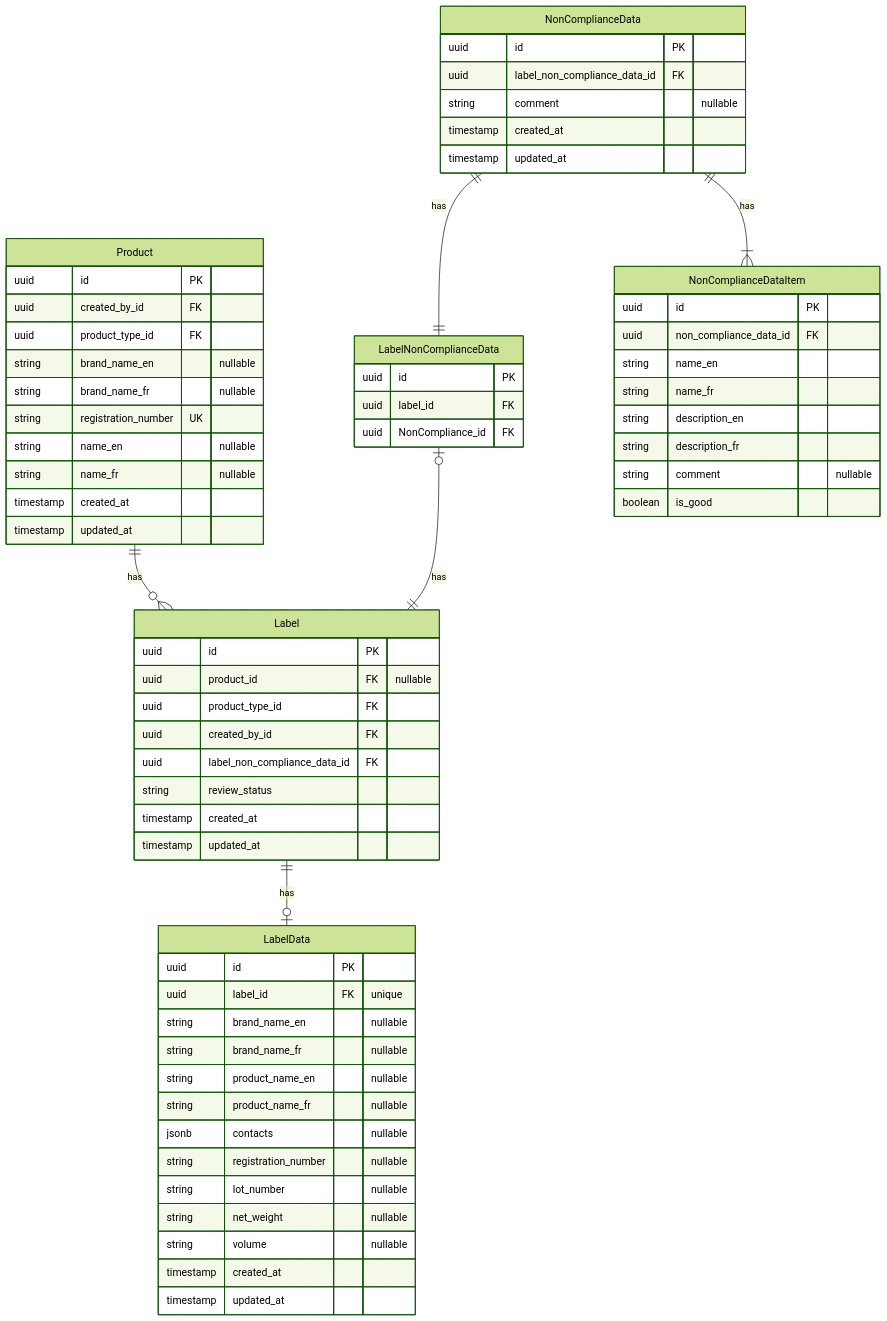
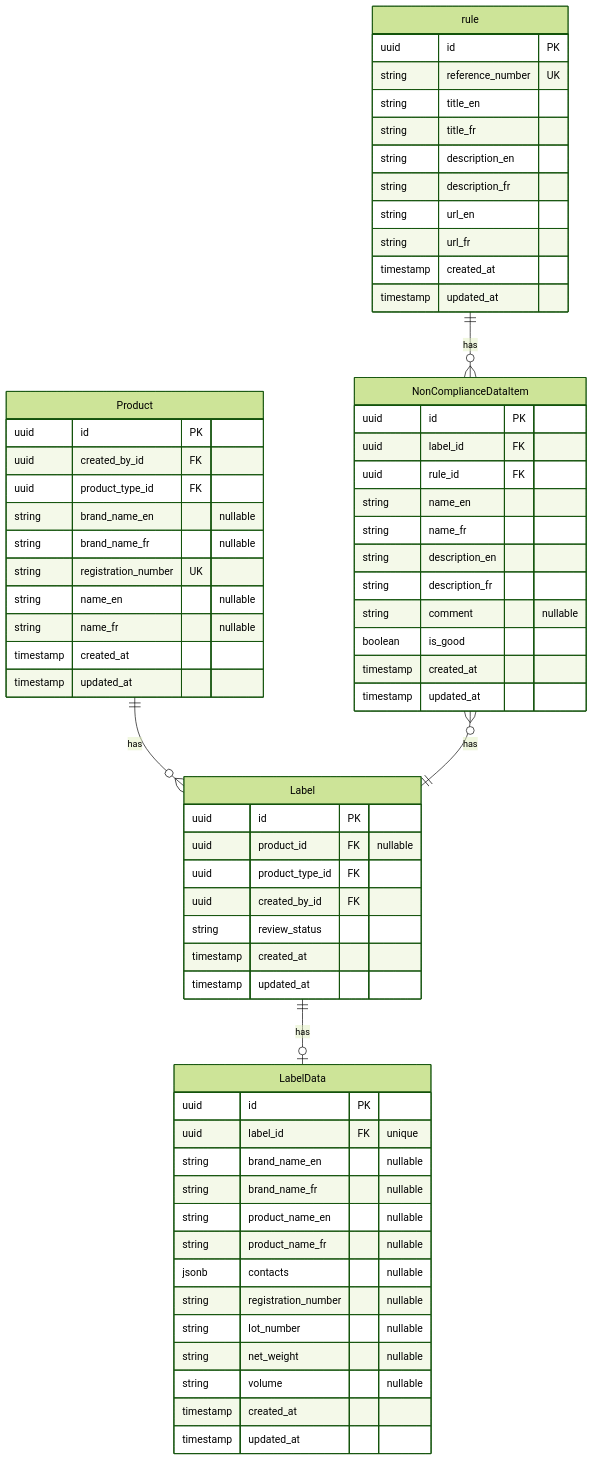
The second of 2 diagrams in docs/compliance/design.md (ai-cfia/fertiscan), drawn with Mermaid (forest theme) before and after one commit.

Commit message:
modification of the erd design

````diff
--- a/docs/compliance/design.md
+++ b/docs/compliance/design.md
@@ -33,76 +33,74 @@
 ```mermaid
 erDiagram
 
     Label ||--o| LabelData : "has"
     Product ||--o{ Label : "has"
-    LabelNonComplianceData |o--|| Label:"has"
-    NonComplianceData ||--||LabelNonComplianceData:"has"
-    NonComplianceData ||--|{NonComplianceDataItem:"has"
-
+    NonComplianceDataItem }o--|| Label:"has"
+    rule ||--o{ NonComplianceDataItem:"has"
+    rule{
+        uuid id PK
+        string reference_number UK
+        string title_en
+        string title_fr
+        string description_en
+        string description_fr
+        string url_en
+        string url_fr
+        timestamp created_at
+        timestamp updated_at
+    }
 
     NonComplianceDataItem{
         uuid id PK
-        uuid non_compliance_data_id FK
+        uuid label_id FK
+        uuid rule_id FK
         string name_en
         string name_fr
         string description_en
         string description_fr
         string comment "nullable"
         boolean is_good
-
-    }
-
-    NonComplianceData{
-        uuid id PK
-        uuid label_non_compliance_data_id FK
-        string comment "nullable"
         timestamp created_at
         timestamp updated_at
-    }
 
-    LabelNonComplianceData{
-        uuid id PK
-        uuid label_id FK
-        uuid NonCompliance_id FK
     }
 
     Product {
             uuid id PK
             uuid created_by_id FK
             uuid product_type_id FK
             string brand_name_en "nullable"
             string brand_name_fr "nullable"
             string registration_number UK
             string name_en "nullable"
             string name_fr "nullable"
             timestamp created_at
             timestamp updated_at
         }
 
     Label {
         uuid id PK
         uuid product_id FK "nullable"
         uuid product_type_id FK
         uuid created_by_id FK
-        uuid label_non_compliance_data_id FK
         string review_status
         timestamp created_at
         timestamp updated_at
     }
 
     LabelData {
         uuid id PK
         uuid label_id FK "unique"
         string brand_name_en "nullable"
         string brand_name_fr "nullable"
         string product_name_en "nullable"
         string product_name_fr "nullable"
         jsonb contacts "nullable"
         string registration_number "nullable"
         string lot_number "nullable"
         string net_weight "nullable"
         string volume "nullable"
         timestamp created_at
         timestamp updated_at
     }
 ```
````
